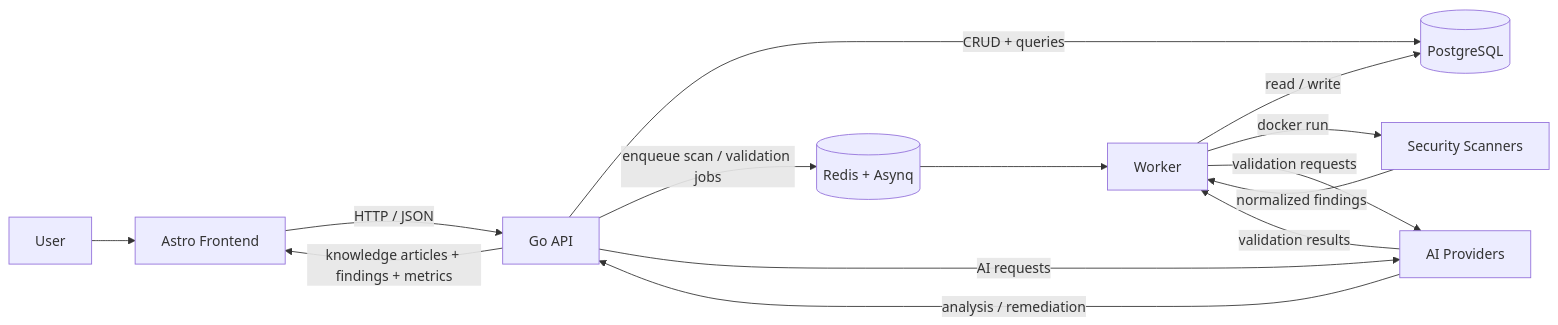
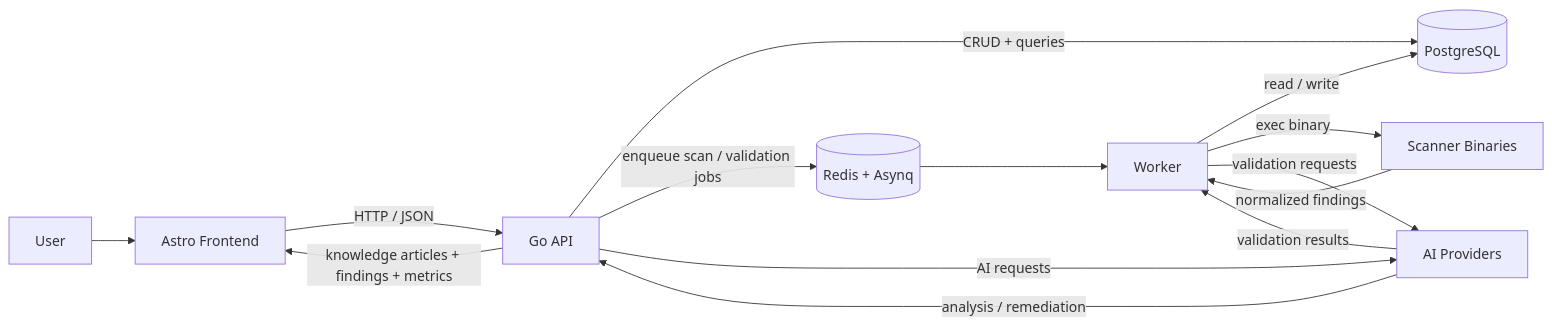
The first of 4 diagrams in README.md (Dyallab/HenKaiPan), drawn with Mermaid before and after one commit. The commit also changed other lines of this file and 8 other files, not shown here.

First line of the commit message:
fix: semgrep exit 2 + remove Docker scanner execution model

````diff
--- a/README.md
+++ b/README.md
@@ -55,20 +55,20 @@
 ```mermaid
 flowchart LR
     U[User] --> F[Astro Frontend]
     F -->|HTTP / JSON| API[Go API]
 
     API -->|CRUD + queries| DB[(PostgreSQL)]
     API -->|enqueue scan / validation jobs| Q[(Redis + Asynq)]
 
     Q --> W[Worker]
     W -->|read / write| DB
-    W -->|docker run| S[Security Scanners]
+    W -->|exec binary| S[Scanner Binaries]
     S -->|normalized findings| W
 
     API -->|AI requests| AI[AI Providers]
     W -->|validation requests| AI
     AI -->|analysis / remediation| API
     AI -->|validation results| W
 
     API -->|knowledge articles + findings + metrics| F
 ```
````
